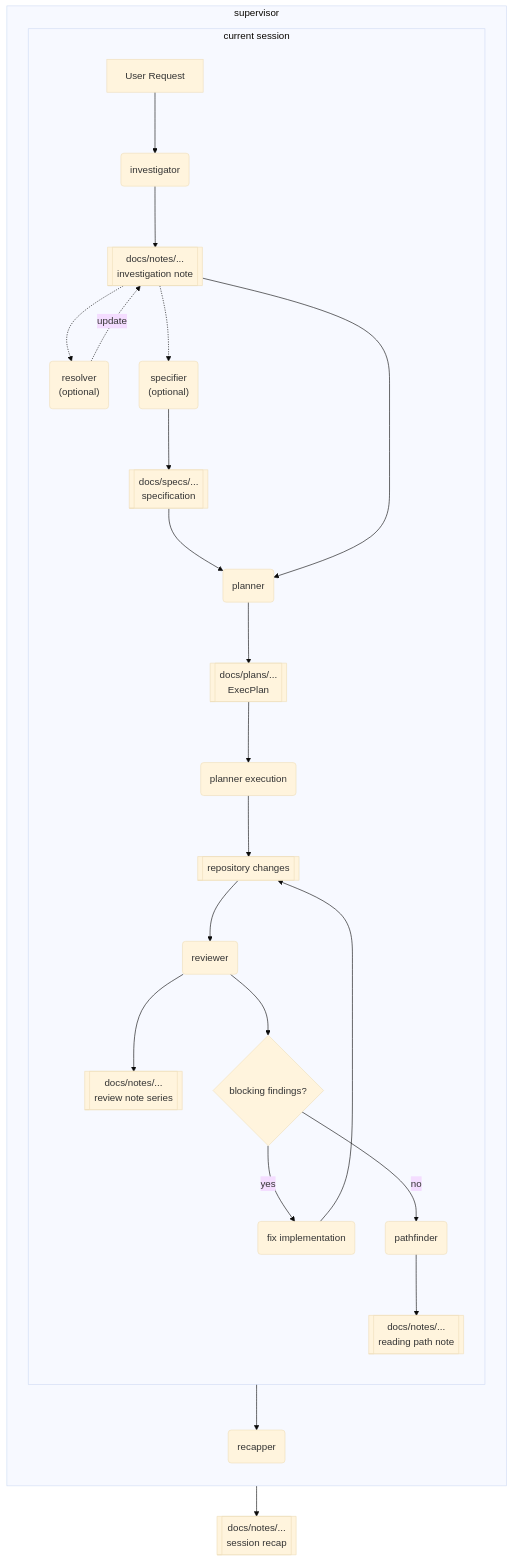
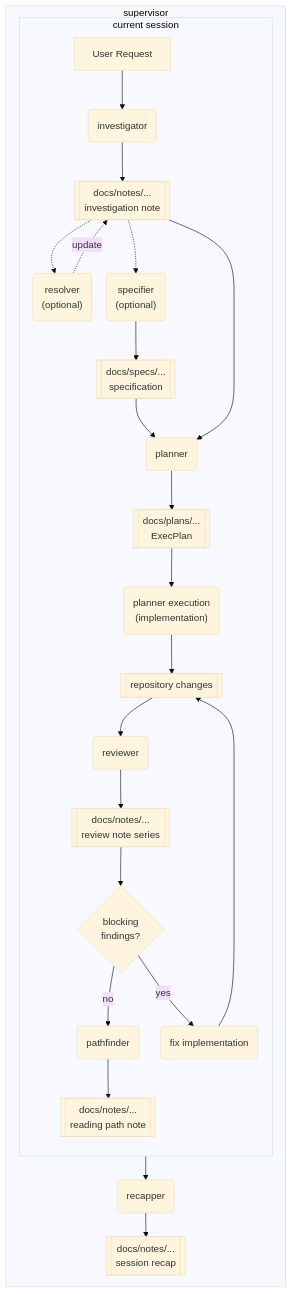
The diagram in README.md (ayatoy/dev-skills), drawn with Mermaid (base theme) before and after one commit.

Commit message:
Refine README workflow graph layout and labels

````diff
--- a/README.md
+++ b/README.md
@@ -24,29 +24,27 @@
 ```mermaid
+%%{init: {'flowchart': {'nodeSpacing': 24, 'rankSpacing': 14}}}%%
 flowchart TB
     subgraph S["supervisor"]
         direction TB
 
         subgraph Q["current session"]
             direction TB
 
             A["User Request"] --> B("investigator") --> C[["docs/notes/...<br/>investigation note"]]
 
             C -.-> D("resolver<br/>(optional)")
             D -. update .-> C
 
             C -.-> E("specifier<br/>(optional)")
             E --> G[["docs/specs/...<br/>specification"]] --> F("planner")
 
             C --> F
-            F --> H[["docs/plans/...<br/>ExecPlan"]] --> I("planner execution") --> J[["repository changes"]]
+            F --> H[["docs/plans/...<br/>ExecPlan"]] --> I("planner execution<br/>(implementation)") --> J[["repository changes"]]
 
-            J --> K("reviewer") --> M[["docs/notes/...<br/>review note series"]]
-            K --> X{"blocking findings?"}
+            J --> K("reviewer") --> M[["docs/notes/...<br/>review note series"]] --> X{"blocking<br/>findings?"}
+            X -- no --> L("pathfinder") --> N[["docs/notes/...<br/>reading path note"]]
             X -- yes --> Y("fix implementation") --> J
-            X -- no --> L("pathfinder") --> N[["docs/notes/...<br/>reading path note"]]
         end
-
-        N --> O("recapper")
+        Q --> O("recapper") --> P[["docs/notes/...<br/>session recap"]]
     end
-    O --> P[["docs/notes/...<br/>session recap"]]
 ```
````
